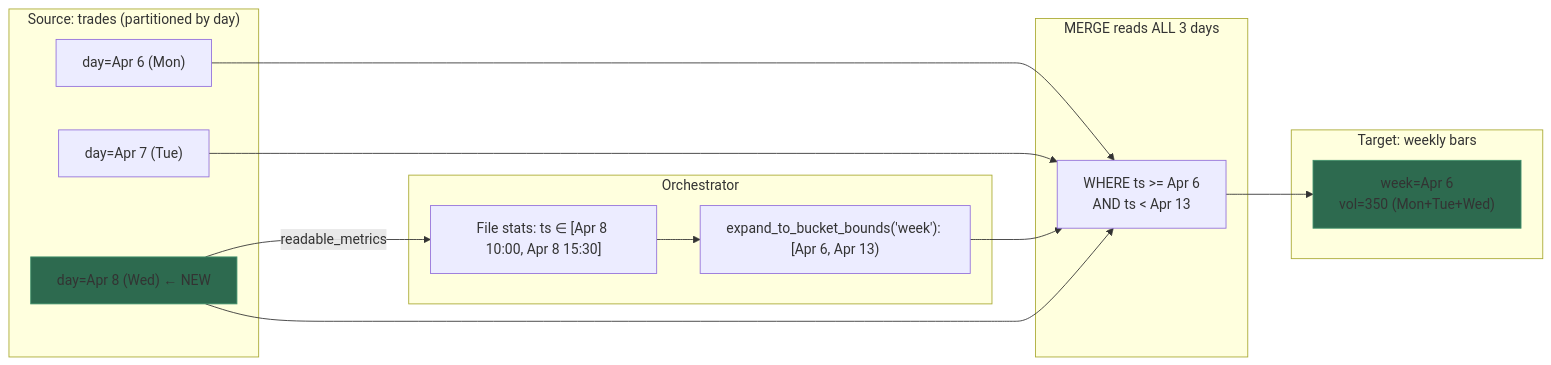
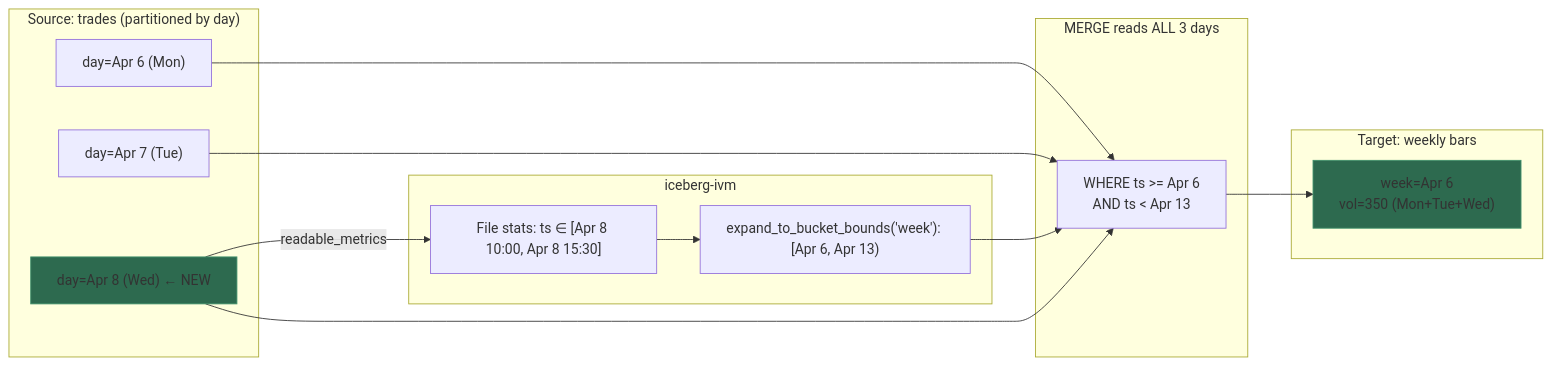
The fourth of 4 diagrams in README.md (jonasbrami/iceberg-ivm), drawn with Mermaid before and after one commit. The commit also changed other lines of this file and 16 other files, not shown here.

````diff
--- a/README.md
+++ b/README.md
@@ -474,32 +474,32 @@
 ```mermaid
 graph LR
     subgraph "Source: trades (partitioned by day)"
         D1["day=Apr 6 (Mon)"]
         D2["day=Apr 7 (Tue)"]
         D3["day=Apr 8 (Wed) ← NEW"]
     end
 
-    subgraph Orchestrator
+    subgraph IVM["iceberg-ivm"]
         FS["File stats: ts ∈ [Apr 8 10:00, Apr 8 15:30]"]
         SR["expand_to_bucket_bounds('week'): [Apr 6, Apr 13)"]
         FS --> SR
     end
 
     subgraph "MERGE reads ALL 3 days"
         Q["WHERE ts >= Apr 6<br/>AND ts < Apr 13"]
     end
 
     subgraph "Target: weekly bars"
         W["week=Apr 6<br/>vol=350 (Mon+Tue+Wed)"]
     end
 
     D3 -->|"readable_metrics"| FS
     SR --> Q
     D1 --> Q
     D2 --> Q
     D3 --> Q
     Q --> W
 
     style D3 fill:#2d6a4f,stroke:#40916c
     style W fill:#2d6a4f,stroke:#40916c
 ```
````
